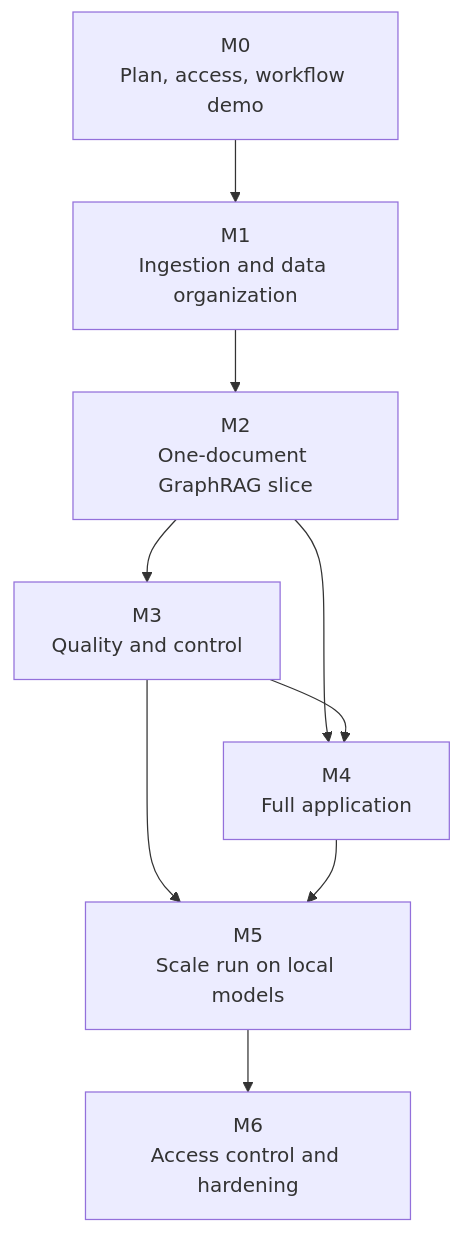
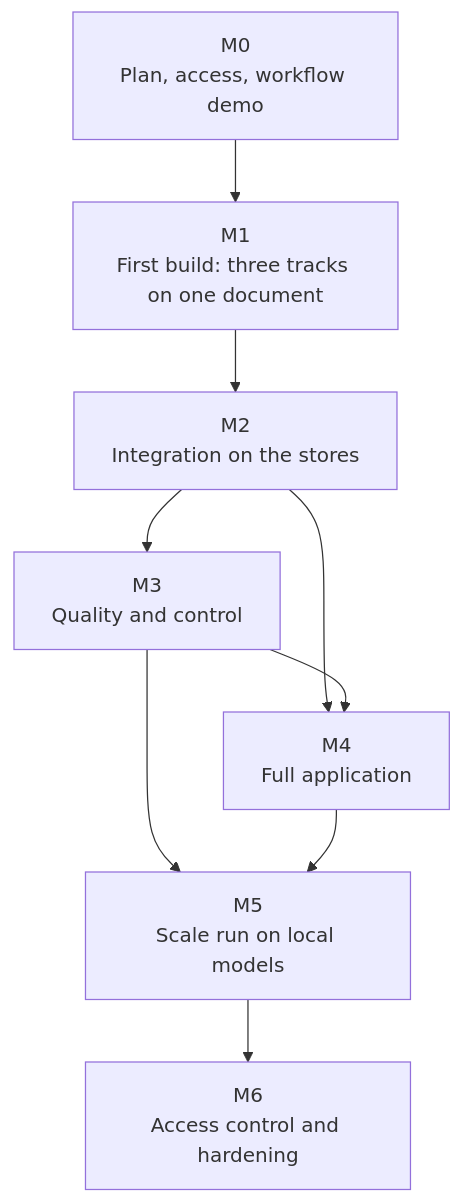
The diagram in docs/DEVELOPMENT_PLAN.md (thaitri2005/Secure-O-G-LLM-and-Knowledge-Graph), drawn with Mermaid before and after one commit. The commit also changed other lines of this file and 6 other files, not shown here.

First line of the commit message:
Split the first build into three tracks joined by versioned files

````diff
--- a/docs/DEVELOPMENT_PLAN.md
+++ b/docs/DEVELOPMENT_PLAN.md
@@ -88,11 +93,11 @@
 ```mermaid
 flowchart TB
-    M0["M0<br/>Plan, access, workflow demo"] --> M1["M1<br/>Ingestion and data organization"]
-    M1 --> M2["M2<br/>One-document GraphRAG slice"]
+    M0["M0<br/>Plan, access, workflow demo"] --> M1["M1<br/>First build: three tracks on one document"]
+    M1 --> M2["M2<br/>Integration on the stores"]
     M2 --> M3["M3<br/>Quality and control"]
     M2 --> M4["M4<br/>Full application"]
     M3 --> M4
     M3 --> M5["M5<br/>Scale run on local models"]
     M4 --> M5
     M5 --> M6["M6<br/>Access control and hardening"]
 ```
````
